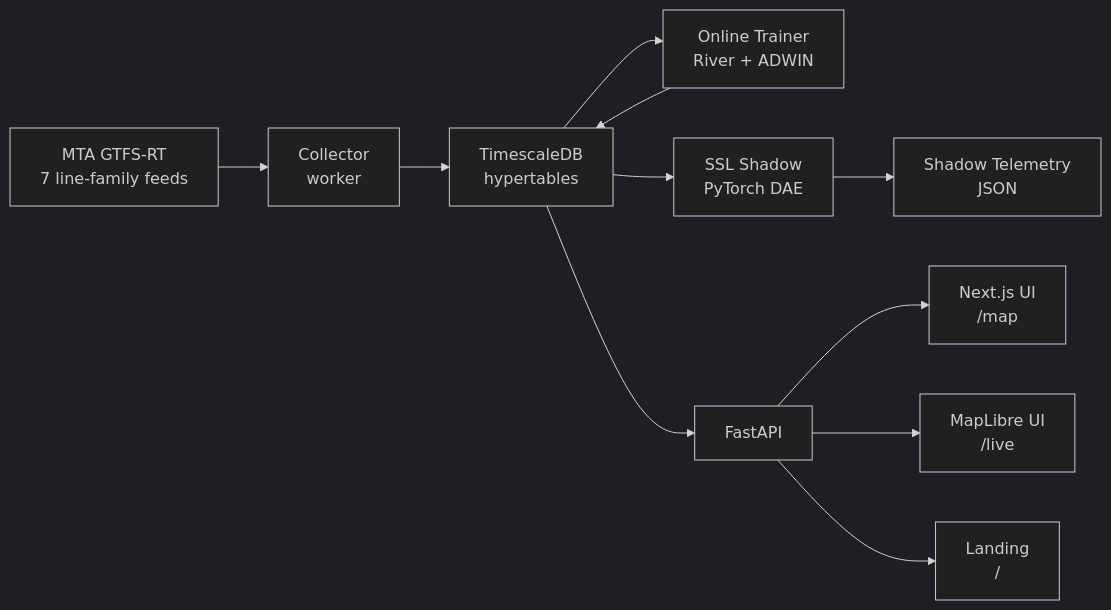
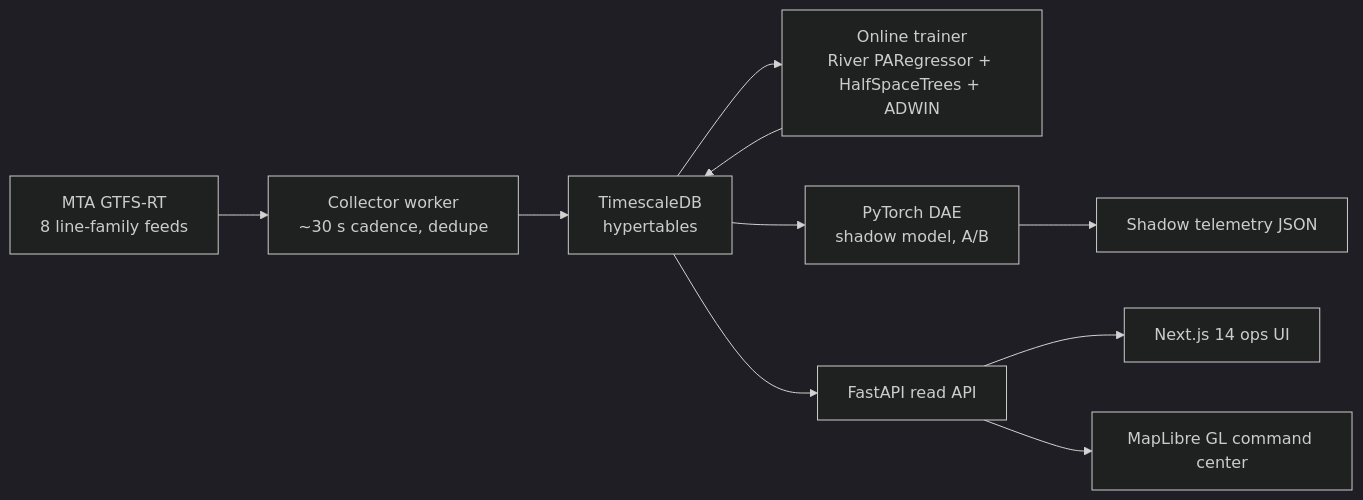
Before and after one commit to stelioszach03/NYC-Subway-Anomaly-Detection: the diagram in README.md, drawn with Mermaid (dark theme). The commit also changed other lines of this file and 14 other files, not shown here.

````diff
--- a/README.md
+++ b/README.md
@@ -48,13 +51,12 @@
 ```mermaid
 flowchart LR
-    A["MTA GTFS-RT<br/>7 line-family feeds"] --> B["Collector<br/>worker"]
+    A["MTA GTFS-RT<br/>8 line-family feeds"] --> B["Collector worker<br/>~30 s cadence, dedupe"]
     B --> C["TimescaleDB<br/>hypertables"]
-    C --> D["Online Trainer<br/>River + ADWIN"]
+    C --> D["Online trainer<br/>River PARegressor + HalfSpaceTrees + ADWIN"]
     D --> C
-    C --> E["SSL Shadow<br/>PyTorch DAE"]
-    E --> F["Shadow Telemetry<br/>JSON"]
-    C --> G["FastAPI"]
-    G --> H["Next.js UI<br/>/map"]
-    G --> I["MapLibre UI<br/>/live"]
-    G --> J["Landing<br/>/"]
+    C --> E["PyTorch DAE<br/>shadow model, A/B"]
+    E --> F["Shadow telemetry JSON"]
+    C --> G["FastAPI read API"]
+    G --> H["Next.js 14 ops UI"]
+    G --> I["MapLibre GL command center"]
 ```
````
